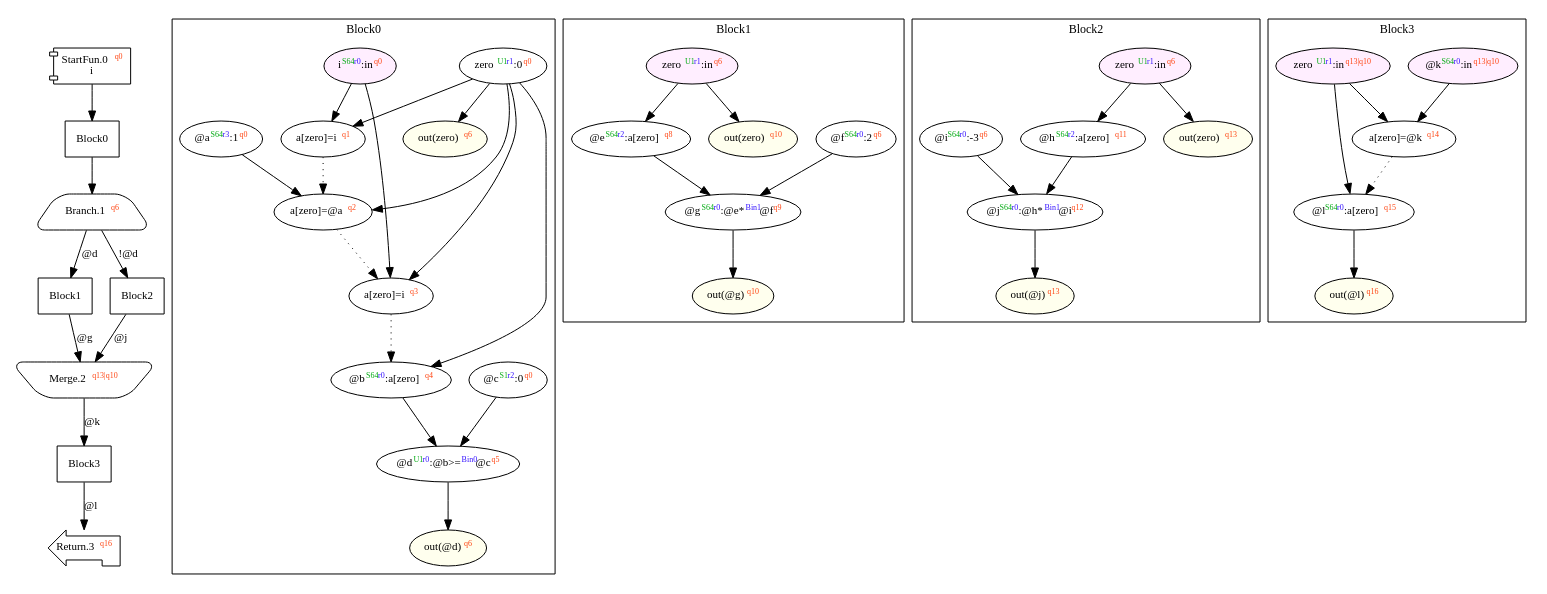
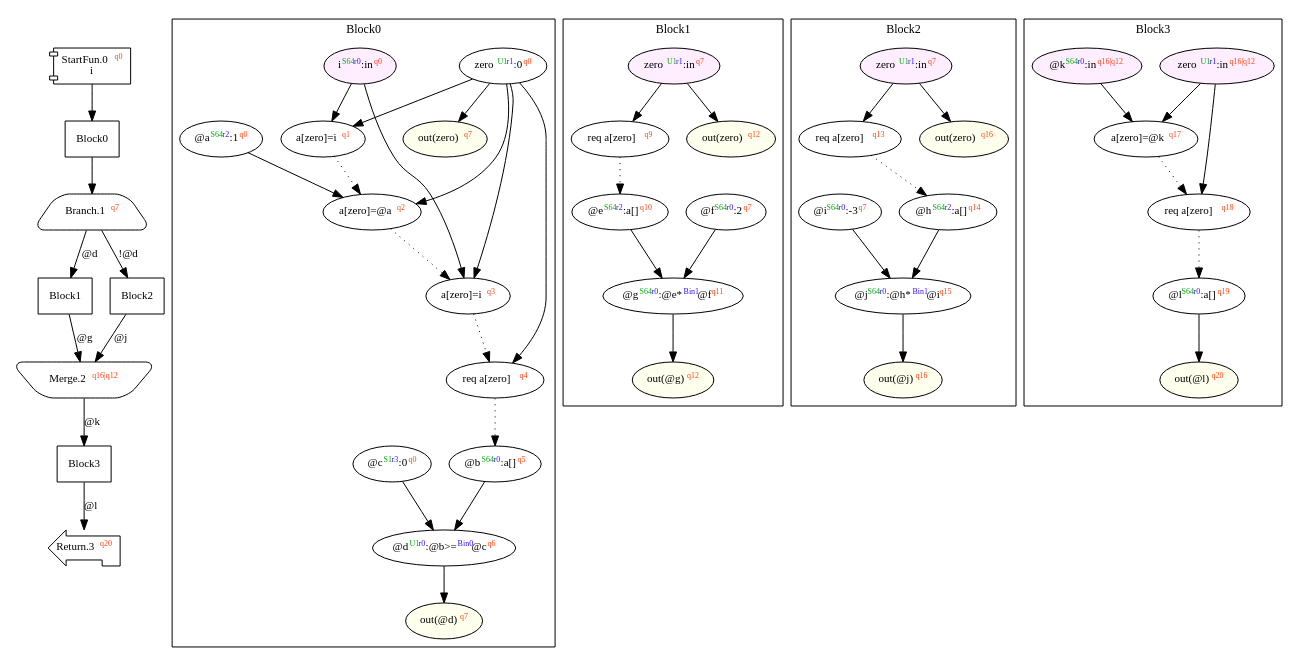
Before and after one commit to akouryy/SyntheScala: the diagram in dist/dependencyTest.dot, drawn with Graphviz. The commit also changed 25 other files, not shown here.

```diff
--- a/dist/dependencyTest.dot
+++ b/dist/dependencyTest.dot
@@ -1,97 +1,105 @@
 digraph Program_ {
   graph [fontname = "Monaco", fontsize = 12, ranksep = 0.5];
   node [shape = box, fontname = "Monaco", fontsize = 11; colorscheme = pastel19];
   edge [fontname = "Monaco", fontsize = 11; colorscheme = pastel19];
   Jump0[label = <StartFun.0<font color="#ff4411" point-size="8"><sup>q0</sup></font><br/>i>; shape = component];
   Jump0 -> Block0;
   Jump1[
-    label = <Branch.1<font color="#ff4411" point-size="8"><sup>q6</sup></font>>;
+    label = <Branch.1<font color="#ff4411" point-size="8"><sup>q7</sup></font>>;
     shape = trapezium; style = rounded;
   ];
   Block0 -> Jump1;
   Jump1 -> Block1 [label="@d"];
   Jump1 -> Block2 [label="!@d"];
-  Jump2[label = <Merge.2<font color="#ff4411" point-size="8"><sup>q13|q10</sup></font>>; shape = invtrapezium; style = rounded];
+  Jump2[label = <Merge.2<font color="#ff4411" point-size="8"><sup>q16|q12</sup></font>>; shape = invtrapezium; style = rounded];
   Block1 -> Jump2 [label="@g"];
   Block2 -> Jump2 [label="@j"];
   Jump2 -> Block3 [label="@k"];
-  Jump3[label = <Return.3<font color="#ff4411" point-size="8"><sup>q16</sup></font>>; shape = lpromoter];
+  Jump3[label = <Return.3<font color="#ff4411" point-size="8"><sup>q20</sup></font>>; shape = lpromoter];
   Block3 -> Jump3 [label="@l"];
   Block0 [label = "Block0"];
   Block1 [label = "Block1"];
   Block2 [label = "Block2"];
   Block3 [label = "Block3"];
   subgraph cluster_dfg_Block0 {
     node [shape = oval];
     label = "Block0";
     0 [label=<zero<font color="#00aa11" point-size="8"><sup>U1</sup></font><font color="#3311ff" point-size="8"><sup>r1</sup></font>:0<font color="#ff4411" point-size="8"><sup>q0</sup></font>>; ];
-    5 [label=<@b<font color="#00aa11" point-size="8"><sup>S64</sup></font><font color="#3311ff" point-size="8"><sup>r0</sup></font>:a[zero]<font color="#ff4411" point-size="8"><sup>q4</sup></font>>; ];
-    25 [label=<i<font color="#00aa11" point-size="8"><sup>S64</sup></font><font color="#3311ff" point-size="8"><sup>r0</sup></font>:in<font color="#ff4411" point-size="8"><sup>q0</sup></font>>; style="filled"; fillcolor="#ffeeff";];
+    5 [label=<req a[zero]<font color="#ff4411" point-size="8"><sup>q4</sup></font>>; ];
+    29 [label=<i<font color="#00aa11" point-size="8"><sup>S64</sup></font><font color="#3311ff" point-size="8"><sup>r0</sup></font>:in<font color="#ff4411" point-size="8"><sup>q0</sup></font>>; style="filled"; fillcolor="#ffeeff";];
     1 [label=<a[zero]=i<font color="#ff4411" point-size="8"><sup>q1</sup></font>>; ];
-    6 [label=<@c<font color="#00aa11" point-size="8"><sup>S1</sup></font><font color="#3311ff" point-size="8"><sup>r2</sup></font>:0<font color="#ff4411" point-size="8"><sup>q0</sup></font>>; ];
-    2 [label=<@a<font color="#00aa11" point-size="8"><sup>S64</sup></font><font color="#3311ff" point-size="8"><sup>r3</sup></font>:1<font color="#ff4411" point-size="8"><sup>q0</sup></font>>; ];
-    27 [label=<out(@d)<font color="#ff4411" point-size="8"><sup>q6</sup></font>>; style="filled"; fillcolor="#ffffee";];
-    7 [label=<@d<font color="#00aa11" point-size="8"><sup>U1</sup></font><font color="#3311ff" point-size="8"><sup>r0</sup></font>:@b&gt;=<font color="#3311ff" point-size="8"><sup>Bin0</sup></font>@c<font color="#ff4411" point-size="8"><sup>q5</sup></font>>; ];
+    6 [label=<@b<font color="#00aa11" point-size="8"><sup>S64</sup></font><font color="#3311ff" point-size="8"><sup>r0</sup></font>:a[]<font color="#ff4411" point-size="8"><sup>q5</sup></font>>; ];
+    2 [label=<@a<font color="#00aa11" point-size="8"><sup>S64</sup></font><font color="#3311ff" point-size="8"><sup>r2</sup></font>:1<font color="#ff4411" point-size="8"><sup>q0</sup></font>>; ];
+    7 [label=<@c<font color="#00aa11" point-size="8"><sup>S1</sup></font><font color="#3311ff" point-size="8"><sup>r3</sup></font>:0<font color="#ff4411" point-size="8"><sup>q0</sup></font>>; ];
     3 [label=<a[zero]=@a<font color="#ff4411" point-size="8"><sup>q2</sup></font>>; ];
-    26 [label=<out(zero)<font color="#ff4411" point-size="8"><sup>q6</sup></font>>; style="filled"; fillcolor="#ffffee";];
+    31 [label=<out(@d)<font color="#ff4411" point-size="8"><sup>q7</sup></font>>; style="filled"; fillcolor="#ffffee";];
+    8 [label=<@d<font color="#00aa11" point-size="8"><sup>U1</sup></font><font color="#3311ff" point-size="8"><sup>r0</sup></font>:@b&gt;=<font color="#3311ff" point-size="8"><sup>Bin0</sup></font>@c<font color="#ff4411" point-size="8"><sup>q6</sup></font>>; ];
+    30 [label=<out(zero)<font color="#ff4411" point-size="8"><sup>q7</sup></font>>; style="filled"; fillcolor="#ffffee";];
     4 [label=<a[zero]=i<font color="#ff4411" point-size="8"><sup>q3</sup></font>>; ];
     0 -> 1;
     0 -> 3;
     0 -> 4;
     0 -> 5;
-    0 -> 26;
+    0 -> 30;
     2 -> 3;
-    5 -> 7;
-    6 -> 7;
-    7 -> 27;
-    25 -> 1;
-    25 -> 4;
+    6 -> 8;
+    7 -> 8;
+    8 -> 31;
+    29 -> 1;
+    29 -> 4;
     1 -> 3 [style = dotted];
     3 -> 4 [style = dotted];
     4 -> 5 [style = dotted];
+    5 -> 6 [style = dotted];
   }
   subgraph cluster_dfg_Block1 {
     node [shape = oval];
     label = "Block1";
-    10 [label=<@g<font color="#00aa11" point-size="8"><sup>S64</sup></font><font color="#3311ff" point-size="8"><sup>r0</sup></font>:@e*<font color="#3311ff" point-size="8"><sup>Bin1</sup></font>@f<font color="#ff4411" point-size="8"><sup>q9</sup></font>>; ];
-    20 [label=<out(zero)<font color="#ff4411" point-size="8"><sup>q10</sup></font>>; style="filled"; fillcolor="#ffffee";];
-    21 [label=<out(@g)<font color="#ff4411" point-size="8"><sup>q10</sup></font>>; style="filled"; fillcolor="#ffffee";];
-    9 [label=<@f<font color="#00aa11" point-size="8"><sup>S64</sup></font><font color="#3311ff" point-size="8"><sup>r0</sup></font>:2<font color="#ff4411" point-size="8"><sup>q6</sup></font>>; ];
-    8 [label=<@e<font color="#00aa11" point-size="8"><sup>S64</sup></font><font color="#3311ff" point-size="8"><sup>r2</sup></font>:a[zero]<font color="#ff4411" point-size="8"><sup>q8</sup></font>>; ];
-    19 [label=<zero<font color="#00aa11" point-size="8"><sup>U1</sup></font><font color="#3311ff" point-size="8"><sup>r1</sup></font>:in<font color="#ff4411" point-size="8"><sup>q6</sup></font>>; style="filled"; fillcolor="#ffeeff";];
-    8 -> 10;
-    9 -> 10;
-    10 -> 21;
-    19 -> 8;
-    19 -> 20;
+    10 [label=<@e<font color="#00aa11" point-size="8"><sup>S64</sup></font><font color="#3311ff" point-size="8"><sup>r2</sup></font>:a[]<font color="#ff4411" point-size="8"><sup>q10</sup></font>>; ];
+    9 [label=<req a[zero]<font color="#ff4411" point-size="8"><sup>q9</sup></font>>; ];
+    12 [label=<@g<font color="#00aa11" point-size="8"><sup>S64</sup></font><font color="#3311ff" point-size="8"><sup>r0</sup></font>:@e*<font color="#3311ff" point-size="8"><sup>Bin1</sup></font>@f<font color="#ff4411" point-size="8"><sup>q11</sup></font>>; ];
+    11 [label=<@f<font color="#00aa11" point-size="8"><sup>S64</sup></font><font color="#3311ff" point-size="8"><sup>r0</sup></font>:2<font color="#ff4411" point-size="8"><sup>q7</sup></font>>; ];
+    23 [label=<zero<font color="#00aa11" point-size="8"><sup>U1</sup></font><font color="#3311ff" point-size="8"><sup>r1</sup></font>:in<font color="#ff4411" point-size="8"><sup>q7</sup></font>>; style="filled"; fillcolor="#ffeeff";];
+    24 [label=<out(zero)<font color="#ff4411" point-size="8"><sup>q12</sup></font>>; style="filled"; fillcolor="#ffffee";];
+    25 [label=<out(@g)<font color="#ff4411" point-size="8"><sup>q12</sup></font>>; style="filled"; fillcolor="#ffffee";];
+    10 -> 12;
+    11 -> 12;
+    12 -> 25;
+    23 -> 9;
+    23 -> 24;
+    9 -> 10 [style = dotted];
   }
   subgraph cluster_dfg_Block2 {
     node [shape = oval];
     label = "Block2";
-    24 [label=<out(@j)<font color="#ff4411" point-size="8"><sup>q13</sup></font>>; style="filled"; fillcolor="#ffffee";];
-    13 [label=<@j<font color="#00aa11" point-size="8"><sup>S64</sup></font><font color="#3311ff" point-size="8"><sup>r0</sup></font>:@h*<font color="#3311ff" point-size="8"><sup>Bin1</sup></font>@i<font color="#ff4411" point-size="8"><sup>q12</sup></font>>; ];
-    22 [label=<zero<font color="#00aa11" point-size="8"><sup>U1</sup></font><font color="#3311ff" point-size="8"><sup>r1</sup></font>:in<font color="#ff4411" point-size="8"><sup>q6</sup></font>>; style="filled"; fillcolor="#ffeeff";];
-    12 [label=<@i<font color="#00aa11" point-size="8"><sup>S64</sup></font><font color="#3311ff" point-size="8"><sup>r0</sup></font>:-3<font color="#ff4411" point-size="8"><sup>q6</sup></font>>; ];
-    11 [label=<@h<font color="#00aa11" point-size="8"><sup>S64</sup></font><font color="#3311ff" point-size="8"><sup>r2</sup></font>:a[zero]<font color="#ff4411" point-size="8"><sup>q11</sup></font>>; ];
-    23 [label=<out(zero)<font color="#ff4411" point-size="8"><sup>q13</sup></font>>; style="filled"; fillcolor="#ffffee";];
-    11 -> 13;
-    12 -> 13;
-    13 -> 24;
-    22 -> 11;
-    22 -> 23;
+    14 [label=<@h<font color="#00aa11" point-size="8"><sup>S64</sup></font><font color="#3311ff" point-size="8"><sup>r2</sup></font>:a[]<font color="#ff4411" point-size="8"><sup>q14</sup></font>>; ];
+    28 [label=<out(@j)<font color="#ff4411" point-size="8"><sup>q16</sup></font>>; style="filled"; fillcolor="#ffffee";];
+    13 [label=<req a[zero]<font color="#ff4411" point-size="8"><sup>q13</sup></font>>; ];
+    27 [label=<out(zero)<font color="#ff4411" point-size="8"><sup>q16</sup></font>>; style="filled"; fillcolor="#ffffee";];
+    16 [label=<@j<font color="#00aa11" point-size="8"><sup>S64</sup></font><font color="#3311ff" point-size="8"><sup>r0</sup></font>:@h*<font color="#3311ff" point-size="8"><sup>Bin1</sup></font>@i<font color="#ff4411" point-size="8"><sup>q15</sup></font>>; ];
+    26 [label=<zero<font color="#00aa11" point-size="8"><sup>U1</sup></font><font color="#3311ff" point-size="8"><sup>r1</sup></font>:in<font color="#ff4411" point-size="8"><sup>q7</sup></font>>; style="filled"; fillcolor="#ffeeff";];
+    15 [label=<@i<font color="#00aa11" point-size="8"><sup>S64</sup></font><font color="#3311ff" point-size="8"><sup>r0</sup></font>:-3<font color="#ff4411" point-size="8"><sup>q7</sup></font>>; ];
+    14 -> 16;
+    15 -> 16;
+    16 -> 28;
+    26 -> 13;
+    26 -> 27;
+    13 -> 14 [style = dotted];
   }
   subgraph cluster_dfg_Block3 {
     node [shape = oval];
     label = "Block3";
-    14 [label=<a[zero]=@k<font color="#ff4411" point-size="8"><sup>q14</sup></font>>; ];
-    17 [label=<@k<font color="#00aa11" point-size="8"><sup>S64</sup></font><font color="#3311ff" point-size="8"><sup>r0</sup></font>:in<font color="#ff4411" point-size="8"><sup>q13|q10</sup></font>>; style="filled"; fillcolor="#ffeeff";];
-    18 [label=<out(@l)<font color="#ff4411" point-size="8"><sup>q16</sup></font>>; style="filled"; fillcolor="#ffffee";];
-    16 [label=<zero<font color="#00aa11" point-size="8"><sup>U1</sup></font><font color="#3311ff" point-size="8"><sup>r1</sup></font>:in<font color="#ff4411" point-size="8"><sup>q13|q10</sup></font>>; style="filled"; fillcolor="#ffeeff";];
-    15 [label=<@l<font color="#00aa11" point-size="8"><sup>S64</sup></font><font color="#3311ff" point-size="8"><sup>r0</sup></font>:a[zero]<font color="#ff4411" point-size="8"><sup>q15</sup></font>>; ];
-    15 -> 18;
-    16 -> 14;
-    16 -> 15;
-    17 -> 14;
-    14 -> 15 [style = dotted];
+    20 [label=<zero<font color="#00aa11" point-size="8"><sup>U1</sup></font><font color="#3311ff" point-size="8"><sup>r1</sup></font>:in<font color="#ff4411" point-size="8"><sup>q16|q12</sup></font>>; style="filled"; fillcolor="#ffeeff";];
+    21 [label=<@k<font color="#00aa11" point-size="8"><sup>S64</sup></font><font color="#3311ff" point-size="8"><sup>r0</sup></font>:in<font color="#ff4411" point-size="8"><sup>q16|q12</sup></font>>; style="filled"; fillcolor="#ffeeff";];
+    17 [label=<a[zero]=@k<font color="#ff4411" point-size="8"><sup>q17</sup></font>>; ];
+    22 [label=<out(@l)<font color="#ff4411" point-size="8"><sup>q20</sup></font>>; style="filled"; fillcolor="#ffffee";];
+    18 [label=<req a[zero]<font color="#ff4411" point-size="8"><sup>q18</sup></font>>; ];
+    19 [label=<@l<font color="#00aa11" point-size="8"><sup>S64</sup></font><font color="#3311ff" point-size="8"><sup>r0</sup></font>:a[]<font color="#ff4411" point-size="8"><sup>q19</sup></font>>; ];
+    19 -> 22;
+    20 -> 17;
+    20 -> 18;
+    21 -> 17;
+    17 -> 18 [style = dotted];
+    18 -> 19 [style = dotted];
   }
 }
```
